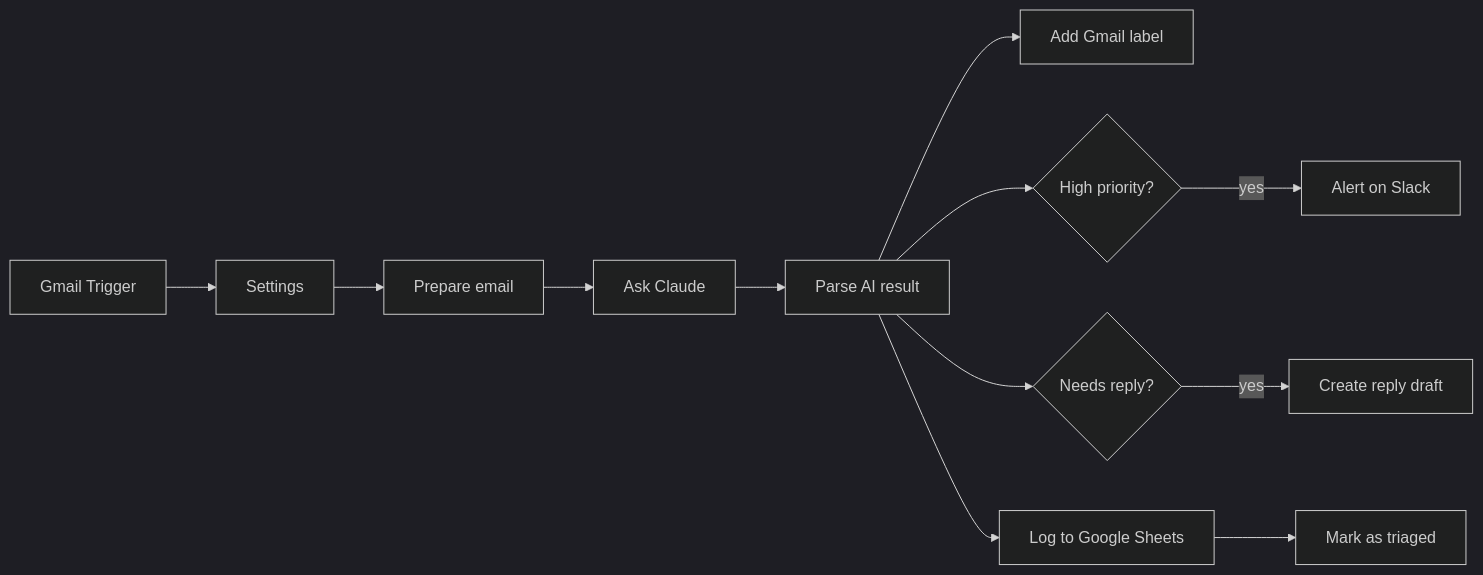
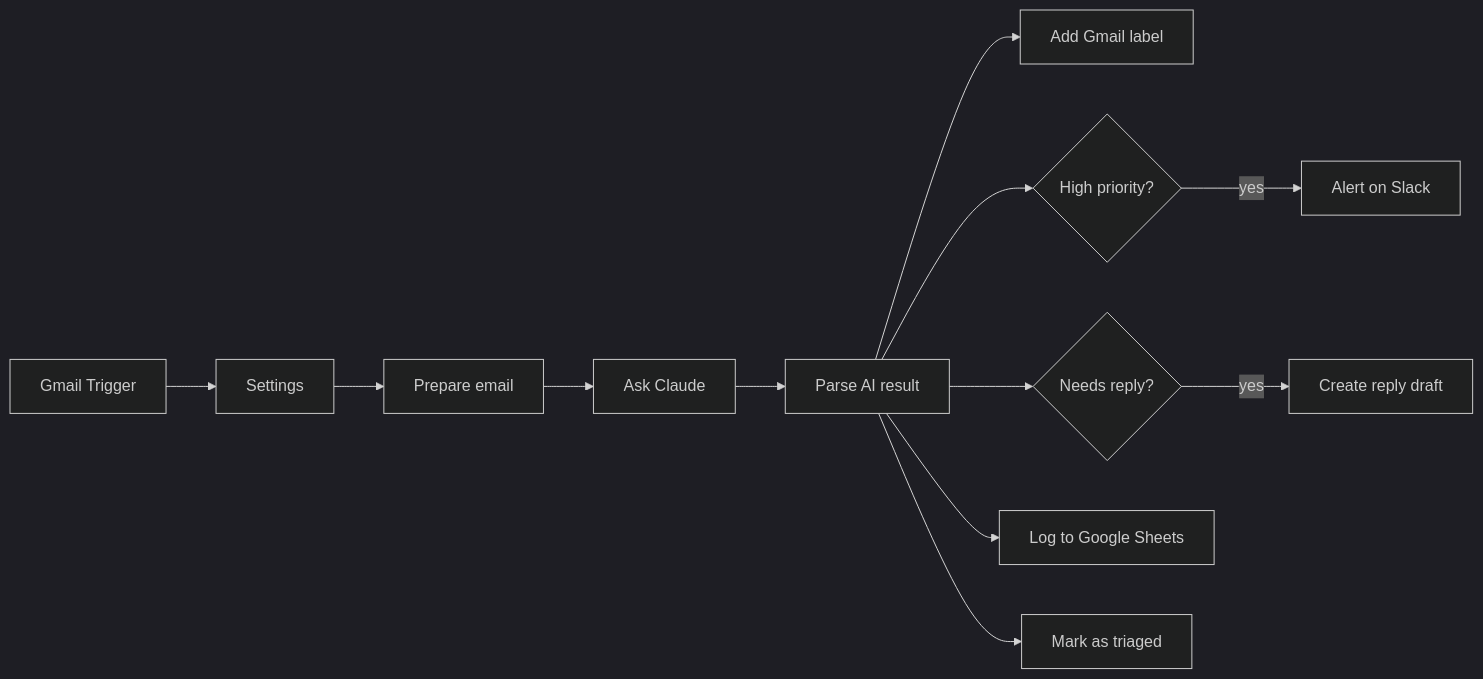
The diagram in workflows/email-triage/README.md (mick-gsk/n8n-ai-email-triage), drawn with Mermaid (dark theme) before and after one commit. The commit also changed other lines of this file and 5 other files, not shown here.

First line of the commit message:
Detect IBANs by checksum, catch mailto/tel/data links, mark as triaged from its own branch

````diff
--- a/workflows/email-triage/README.md
+++ b/workflows/email-triage/README.md
@@ -11,8 +11,9 @@
 ```mermaid
 flowchart LR
     T[Gmail Trigger] --> S[Settings] --> P[Prepare email] --> A[Ask Claude] --> R[Parse AI result]
     R --> L[Add Gmail label]
     R --> H{High priority?} -- yes --> SL[Alert on Slack]
     R --> N{Needs reply?} -- yes --> D[Create reply draft]
-    R --> G[Log to Google Sheets] --> M[Mark as triaged]
+    R --> G[Log to Google Sheets]
+    R --> M[Mark as triaged]
 ```
````
